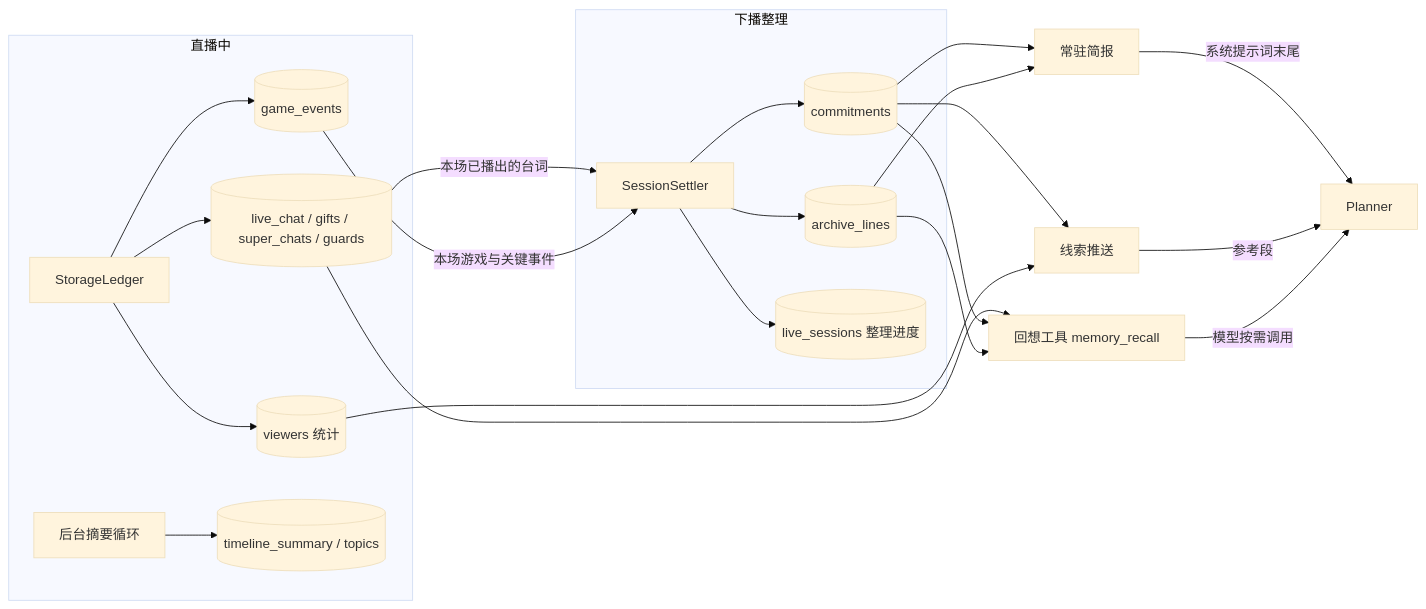
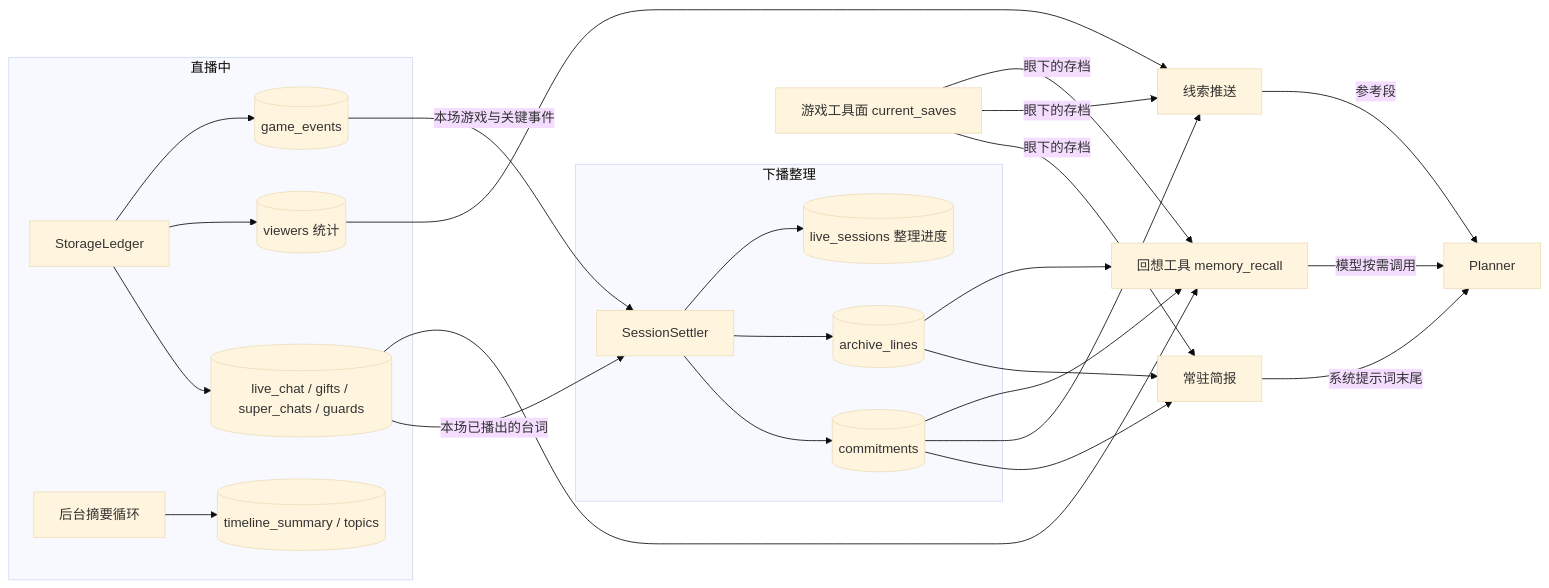
The diagram in docs/architecture/streamer-memory.md (Mai-with-u/Amaidesu), drawn with Mermaid (base theme) before and after one commit. The commit also changed other lines of this file and 5 other files, not shown here.

````diff
--- a/docs/architecture/streamer-memory.md
+++ b/docs/architecture/streamer-memory.md
@@ -20,26 +20,29 @@
 ```mermaid
 flowchart LR
     subgraph 直播中
         L[StorageLedger] --> D[("live_chat / gifts / super_chats / guards")]
         L --> V[("viewers 统计")]
         L --> G[(game_events)]
         B[后台摘要循环] --> TS[("timeline_summary / topics")]
     end
     subgraph 下播整理
         S[SessionSettler] --> CM[(commitments)]
         S --> AL[(archive_lines)]
         S --> LS[(live_sessions 整理进度)]
     end
     D -->|本场已播出的台词| S
     G -->|本场游戏与关键事件| S
     CM --> BR[常驻简报]
     AL --> BR
     CM --> CU[线索推送]
+    T[游戏工具面 current_saves] -->|眼下的存档| BR
+    T -->|眼下的存档| CU
+    T -->|眼下的存档| RC
     V --> CU
     D --> RC[回想工具 memory_recall]
     CM --> RC
     AL --> RC
     BR -->|系统提示词末尾| P[Planner]
     CU -->|参考段| P
     RC -->|模型按需调用| P
 ```
````
